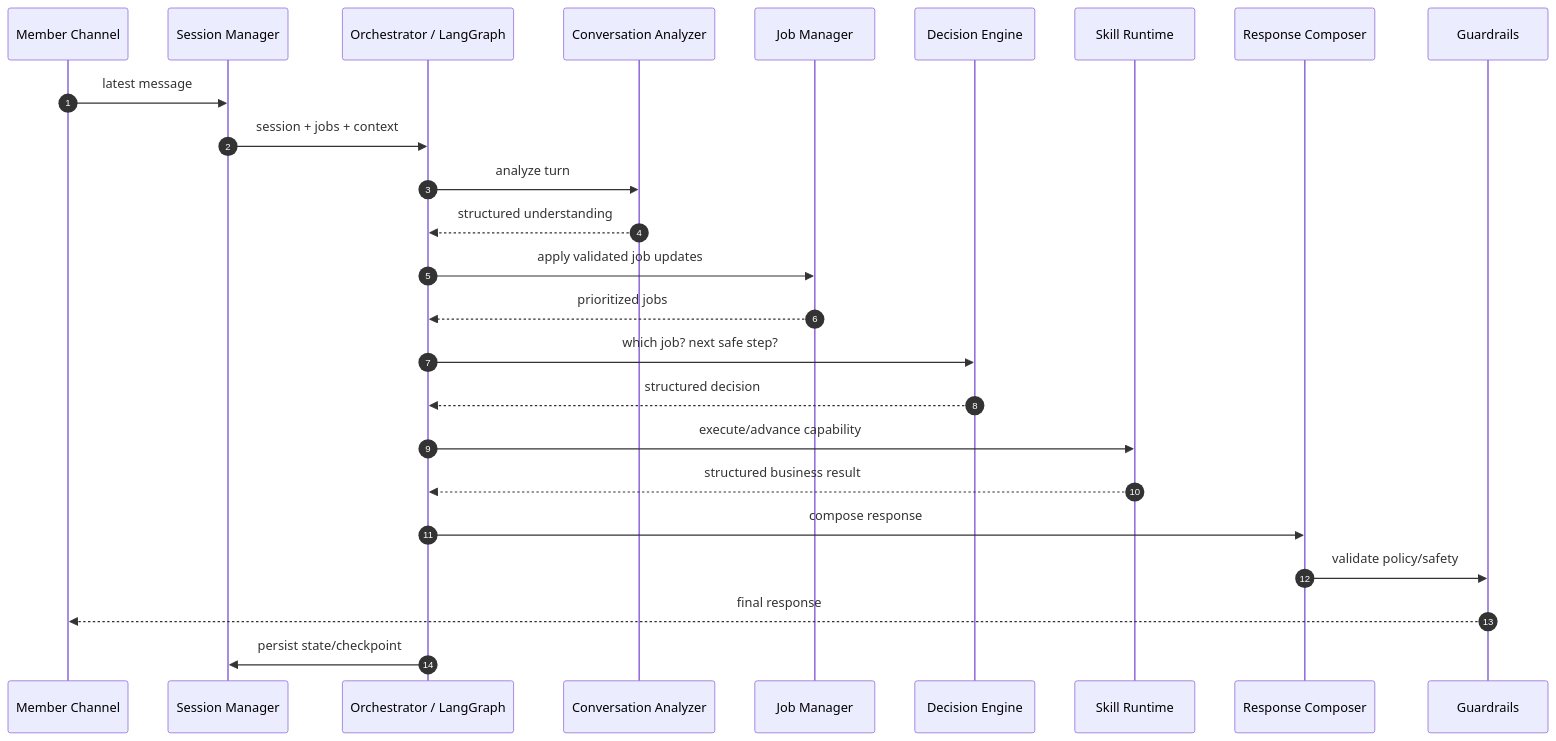
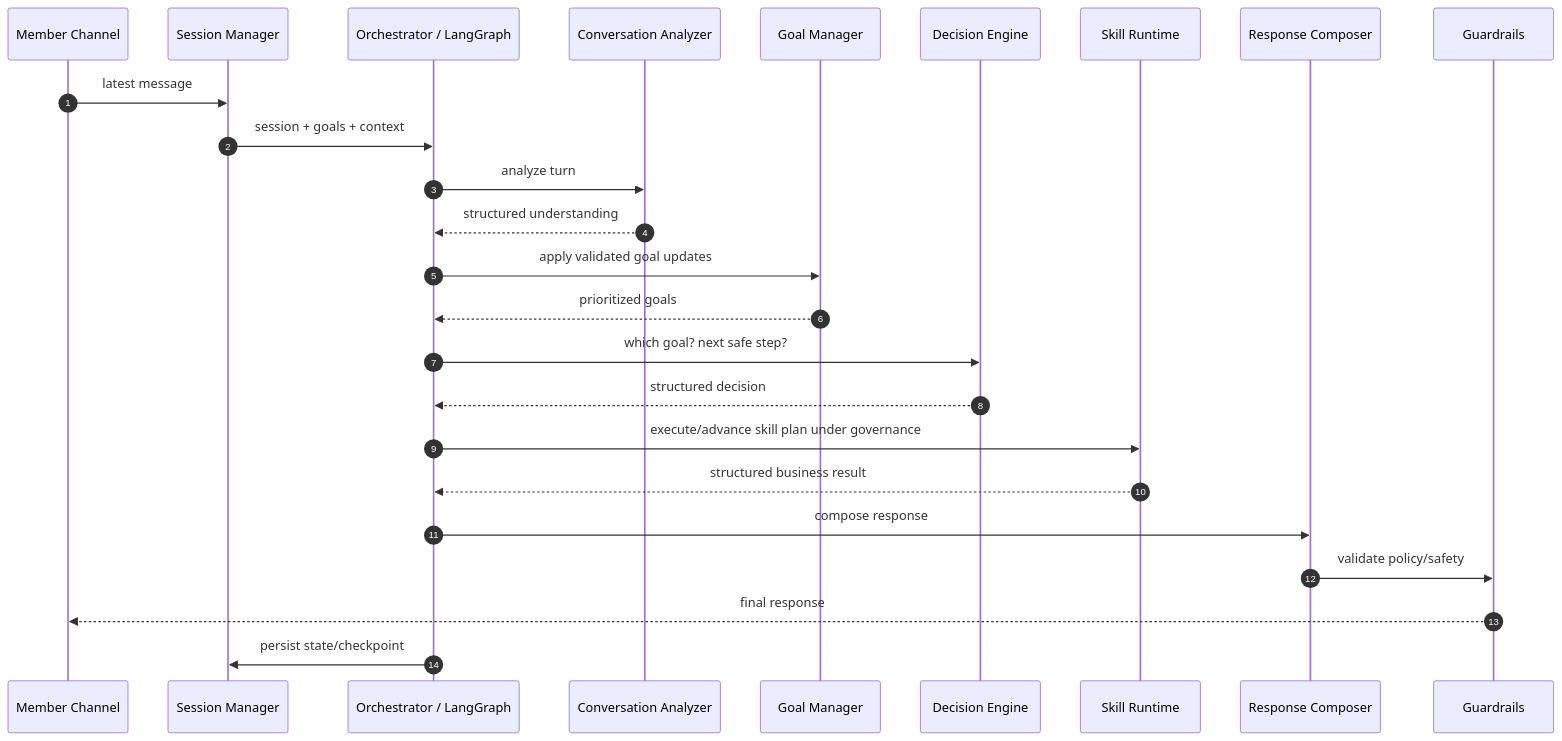
Before and after one commit to bhochhi/nexus: the sixth of 14 diagrams in docs/Agentic_Chat_Architecture_Deck.md, drawn with Mermaid. The commit also changed other lines of this file, not shown here.

Commit message:
refactor: update terminology from jobs to goals in architecture deck

````diff
--- a/docs/Agentic_Chat_Architecture_Deck.md
+++ b/docs/Agentic_Chat_Architecture_Deck.md
@@ -199,28 +204,28 @@
 ```mermaid
 sequenceDiagram
     autonumber
     participant M as Member Channel
     participant SM as Session Manager
     participant O as Orchestrator / LangGraph
     participant CA as Conversation Analyzer
-    participant JM as Job Manager
+    participant GM as Goal Manager
     participant DE as Decision Engine
     participant RT as Skill Runtime
     participant RC as Response Composer
     participant GR as Guardrails
 
     M->>SM: latest message
-    SM->>O: session + jobs + context
+    SM->>O: session + goals + context
     O->>CA: analyze turn
     CA-->>O: structured understanding
-    O->>JM: apply validated job updates
-    JM-->>O: prioritized jobs
-    O->>DE: which job? next safe step?
+    O->>GM: apply validated goal updates
+    GM-->>O: prioritized goals
+    O->>DE: which goal? next safe step?
     DE-->>O: structured decision
-    O->>RT: execute/advance capability
+    O->>RT: execute/advance skill plan under governance
     RT-->>O: structured business result
     O->>RC: compose response
     RC->>GR: validate policy/safety
     GR-->>M: final response
     O->>SM: persist state/checkpoint
 ```
````
